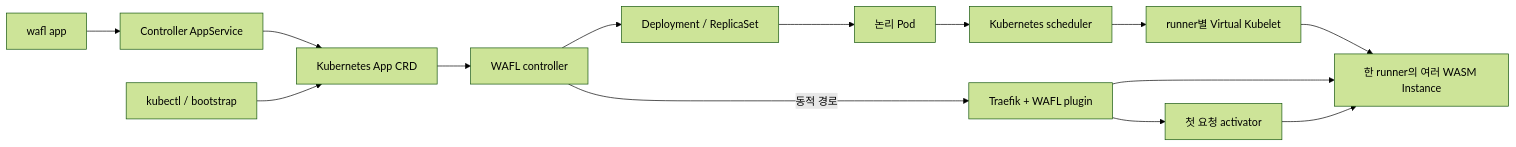
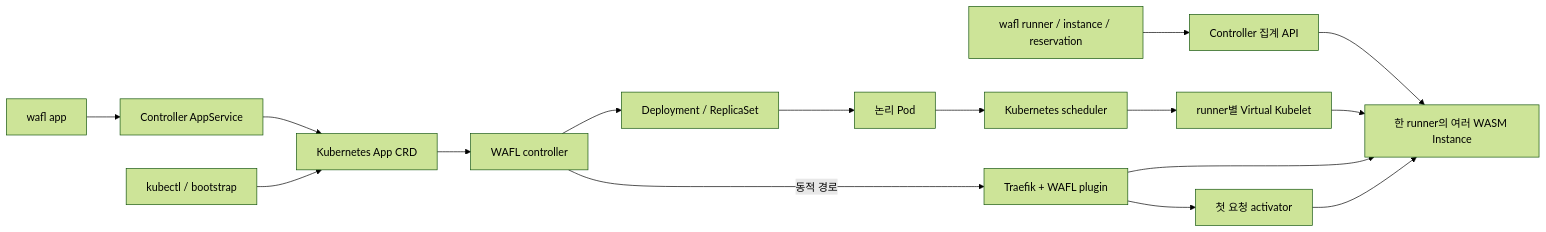
One commit to lesomnus/wafl changed the diagram in docs/controller.md. Above: the diagram before and after it, drawn with Mermaid (forest theme). The commit also changed other lines of this file and 27 other files, not shown here.

First line of the commit message:
feat: aggregate runner APIs through the controller (#27)

````diff
--- a/docs/controller.md
+++ b/docs/controller.md
@@ -5,16 +5,18 @@
 ```mermaid
 flowchart LR
   CLI[wafl app] --> RPC[Controller AppService]
   RPC --> API[Kubernetes App CRD]
+  Ops[wafl runner / instance / reservation] --> Catalog[Controller 집계 API]
+  Catalog --> R
   Operator[kubectl / bootstrap] --> API
   API --> C[WAFL controller]
   C --> D[Deployment / ReplicaSet]
   D --> P[논리 Pod]
   P --> S[Kubernetes scheduler]
   S --> V[runner별 Virtual Kubelet]
   V --> R[한 runner의 여러 WASM Instance]
   T[Traefik + WAFL plugin] --> R
   T --> A[첫 요청 activator]
   A --> R
   C -->|동적 경로| T
 ```
````
